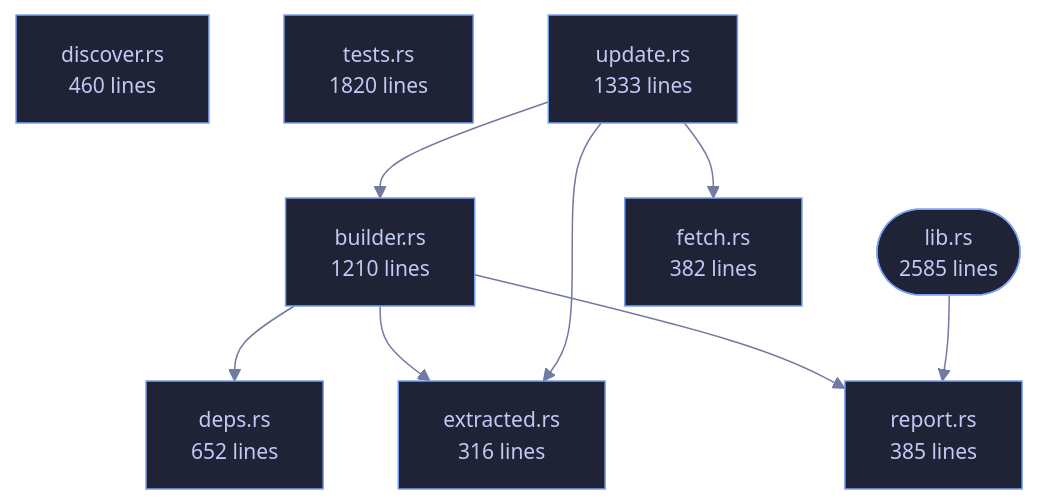
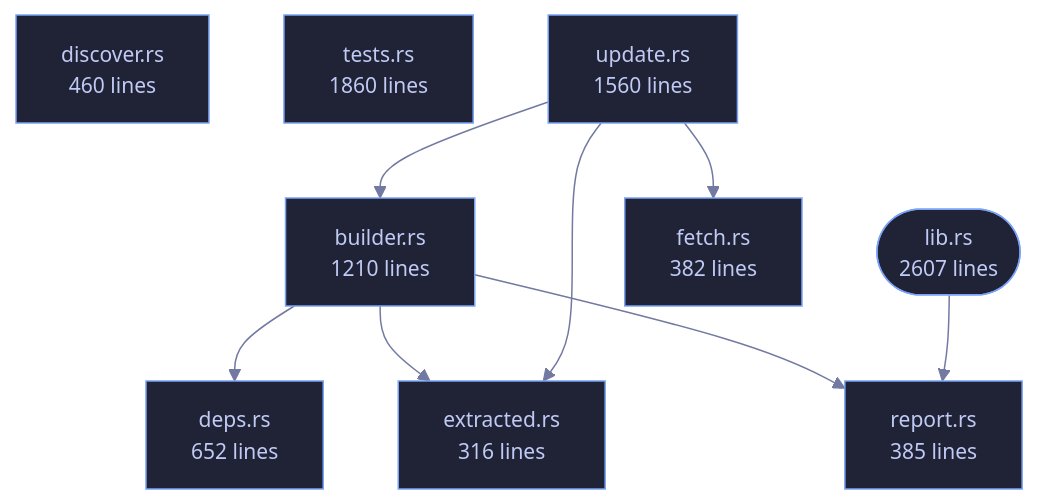
One commit to tilas01/veilvoice changed the diagram in crates/veilvoice-verify/README.md. Above: the diagram before and after it, drawn with Mermaid. The commit also changed other lines of this file and 39 other files, not shown here.

````diff
--- a/crates/veilvoice-verify/README.md
+++ b/crates/veilvoice-verify/README.md
@@ -99,29 +99,29 @@
 ```mermaid
 %%{init: {"theme":"base","themeVariables":{"background":"#1a1b26","primaryColor":"#1f2335","primaryTextColor":"#c0caf5","primaryBorderColor":"#7aa2f7","secondaryColor":"#16161e","tertiaryColor":"#16161e","lineColor":"#737aa2","textColor":"#c0caf5","mainBkg":"#1f2335","nodeBorder":"#7aa2f7","clusterBkg":"#16161e","clusterBorder":"#2f3549","fontFamily":"ui-monospace, SFMono-Regular, Consolas, monospace","fontSize":"14px"}}}%%
 flowchart TD
-    n_lib(["lib.rs<br/>2585 lines"])
+    n_lib(["lib.rs<br/>2607 lines"])
     n_builder["builder.rs<br/>1210 lines"]
     n_deps["deps.rs<br/>652 lines"]
     n_discover["discover.rs<br/>460 lines"]
     n_extracted["extracted.rs<br/>316 lines"]
     n_fetch["fetch.rs<br/>382 lines"]
     n_report["report.rs<br/>385 lines"]
-    n_tests["tests.rs<br/>1820 lines"]
-    n_update["update.rs<br/>1333 lines"]
+    n_tests["tests.rs<br/>1860 lines"]
+    n_update["update.rs<br/>1560 lines"]
     n_builder --> n_deps
     n_builder --> n_extracted
     n_builder --> n_report
     n_lib --> n_report
     n_update --> n_builder
     n_update --> n_extracted
     n_update --> n_fetch
     click n_lib href "https://github.com/tilas01/veilvoice/blob/main/crates/veilvoice-verify/src/lib.rs" "open the source"
     click n_builder href "https://github.com/tilas01/veilvoice/blob/main/crates/veilvoice-verify/src/builder.rs" "open the source"
     click n_deps href "https://github.com/tilas01/veilvoice/blob/main/crates/veilvoice-verify/src/deps.rs" "open the source"
     click n_discover href "https://github.com/tilas01/veilvoice/blob/main/crates/veilvoice-verify/src/discover.rs" "open the source"
     click n_extracted href "https://github.com/tilas01/veilvoice/blob/main/crates/veilvoice-verify/src/extracted.rs" "open the source"
     click n_fetch href "https://github.com/tilas01/veilvoice/blob/main/crates/veilvoice-verify/src/fetch.rs" "open the source"
     click n_report href "https://github.com/tilas01/veilvoice/blob/main/crates/veilvoice-verify/src/report.rs" "open the source"
     click n_tests href "https://github.com/tilas01/veilvoice/blob/main/crates/veilvoice-verify/src/tests.rs" "open the source"
     click n_update href "https://github.com/tilas01/veilvoice/blob/main/crates/veilvoice-verify/src/update.rs" "open the source"
 ```
````
